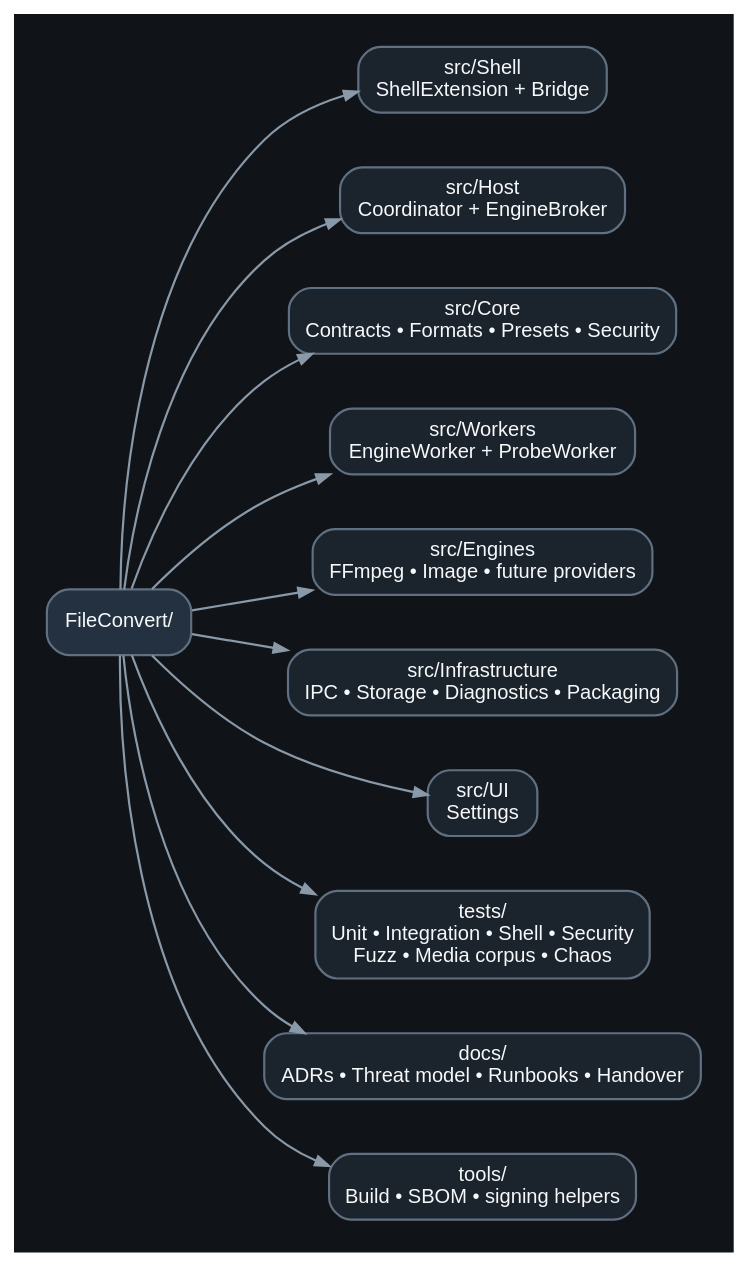
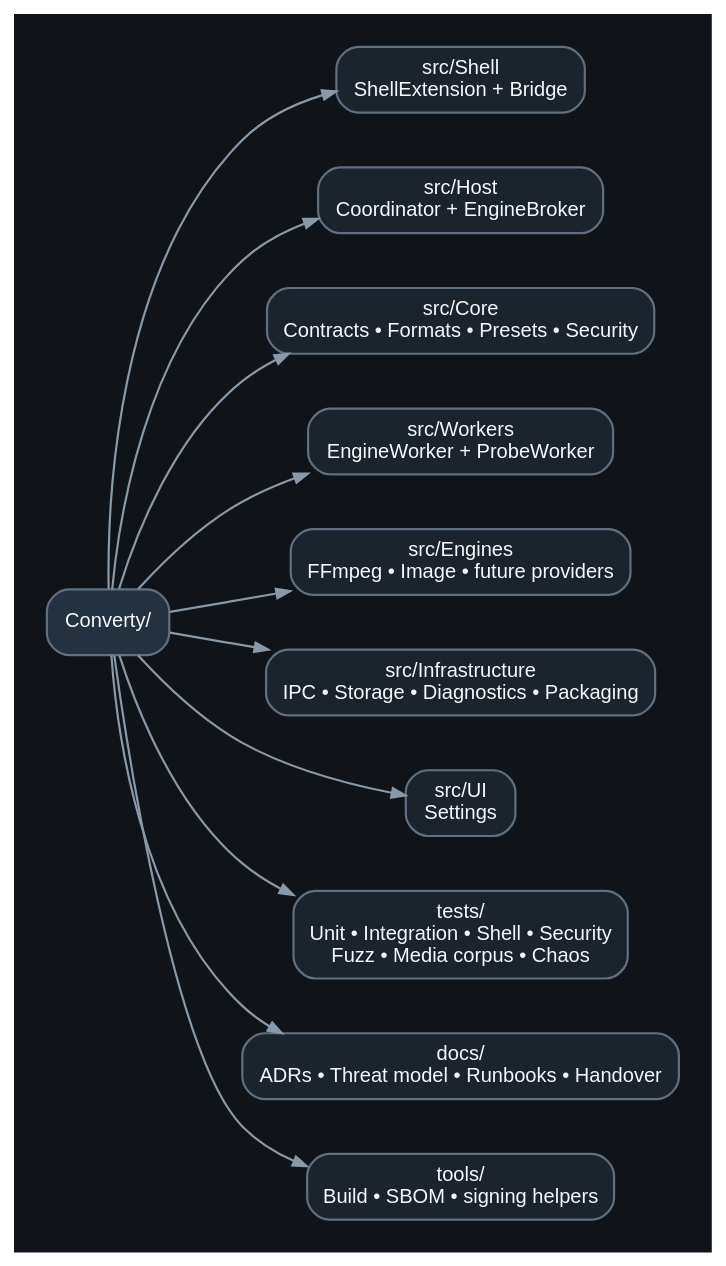
One commit to aeiouofficial/converty changed the diagram in reference-images/08_workspace_structure.dot. Above: the diagram before and after it, drawn with Graphviz. The commit also changed 173 other files, not shown here.

```diff
--- a/reference-images/08_workspace_structure.dot
+++ b/reference-images/08_workspace_structure.dot
@@ -1,3 +1,3 @@
 digraph G {
- graph [bgcolor="#101318", pad="0.25", nodesep="0.42", ranksep="0.55", fontname="Arial", fontcolor="#E8ECF1"]; node [shape=box, style="rounded,filled", fontname="Arial", fontsize=11, color="#607080", fontcolor="#F6F8FA", fillcolor="#1B232D", penwidth=1.2, margin="0.14,0.08"]; edge [fontname="Arial", fontsize=9, color="#8A99A8", fontcolor="#D9E1E8", arrowsize=0.75, penwidth=1.2]; rankdir=LR; repo [label="FileConvert/", fillcolor="#243140"]; shell [label="src/Shell\nShellExtension + Bridge"]; host [label="src/Host\nCoordinator + EngineBroker"]; core [label="src/Core\nContracts • Formats • Presets • Security"]; workers [label="src/Workers\nEngineWorker + ProbeWorker"]; engines [label="src/Engines\nFFmpeg • Image • future providers"]; infra [label="src/Infrastructure\nIPC • Storage • Diagnostics • Packaging"]; ui [label="src/UI\nSettings"]; tests [label="tests/\nUnit • Integration • Shell • Security\nFuzz • Media corpus • Chaos"]; docs [label="docs/\nADRs • Threat model • Runbooks • Handover"]; tools [label="tools/\nBuild • SBOM • signing helpers"]; repo->{shell host core workers engines infra ui tests docs tools};
+ graph [bgcolor="#101318", pad="0.25", nodesep="0.42", ranksep="0.55", fontname="Arial", fontcolor="#E8ECF1"]; node [shape=box, style="rounded,filled", fontname="Arial", fontsize=11, color="#607080", fontcolor="#F6F8FA", fillcolor="#1B232D", penwidth=1.2, margin="0.14,0.08"]; edge [fontname="Arial", fontsize=9, color="#8A99A8", fontcolor="#D9E1E8", arrowsize=0.75, penwidth=1.2]; rankdir=LR; repo [label="Converty/", fillcolor="#243140"]; shell [label="src/Shell\nShellExtension + Bridge"]; host [label="src/Host\nCoordinator + EngineBroker"]; core [label="src/Core\nContracts • Formats • Presets • Security"]; workers [label="src/Workers\nEngineWorker + ProbeWorker"]; engines [label="src/Engines\nFFmpeg • Image • future providers"]; infra [label="src/Infrastructure\nIPC • Storage • Diagnostics • Packaging"]; ui [label="src/UI\nSettings"]; tests [label="tests/\nUnit • Integration • Shell • Security\nFuzz • Media corpus • Chaos"]; docs [label="docs/\nADRs • Threat model • Runbooks • Handover"]; tools [label="tools/\nBuild • SBOM • signing helpers"]; repo->{shell host core workers engines infra ui tests docs tools};
 }
```
